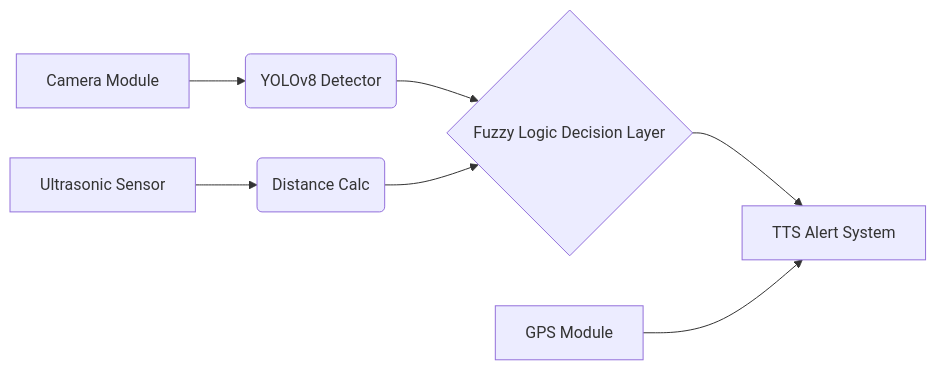
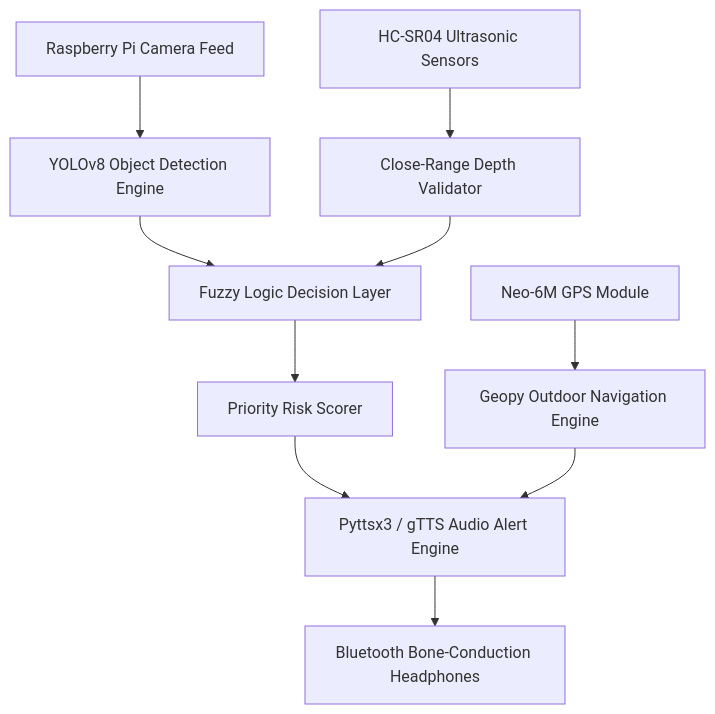
The diagram in README.md (iMuneebK/VISION-SmartGlasses-FYP), drawn with Mermaid before and after one commit. The commit also changed other lines of this file, not shown here.

````diff
--- a/README.md
+++ b/README.md
@@ -13,9 +22,14 @@
 ```mermaid
-graph LR
-A[Camera Module] --> B(YOLOv8 Detector)
-C[Ultrasonic Sensor] --> D(Distance Calc)
-B --> E{Fuzzy Logic Decision Layer}
-D --> E
-E --> F[TTS Alert System]
-G[GPS Module] --> F
+graph TD
+    A[Raspberry Pi Camera Feed] --> B[YOLOv8 Object Detection Engine]
+    C[HC-SR04 Ultrasonic Sensors] --> D[Close-Range Depth Validator]
+    E[Neo-6M GPS Module] --> F[Geopy Outdoor Navigation Engine]
+    
+    B --> G[Fuzzy Logic Decision Layer]
+    D --> G
+    
+    G --> H[Priority Risk Scorer]
+    H --> I[Pyttsx3 / gTTS Audio Alert Engine]
+    F --> I
+    I --> J[Bluetooth Bone-Conduction Headphones]
 ```
````
